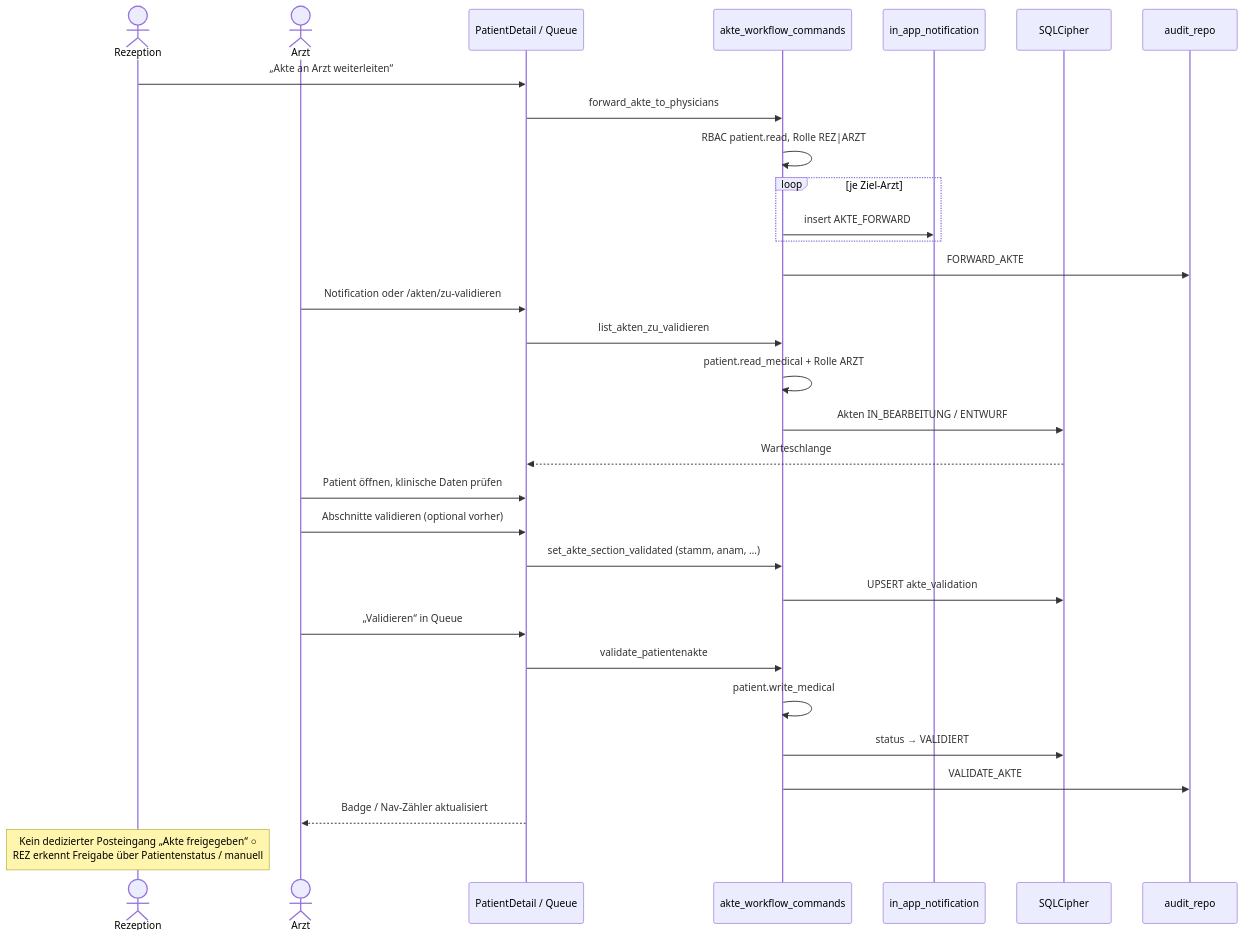
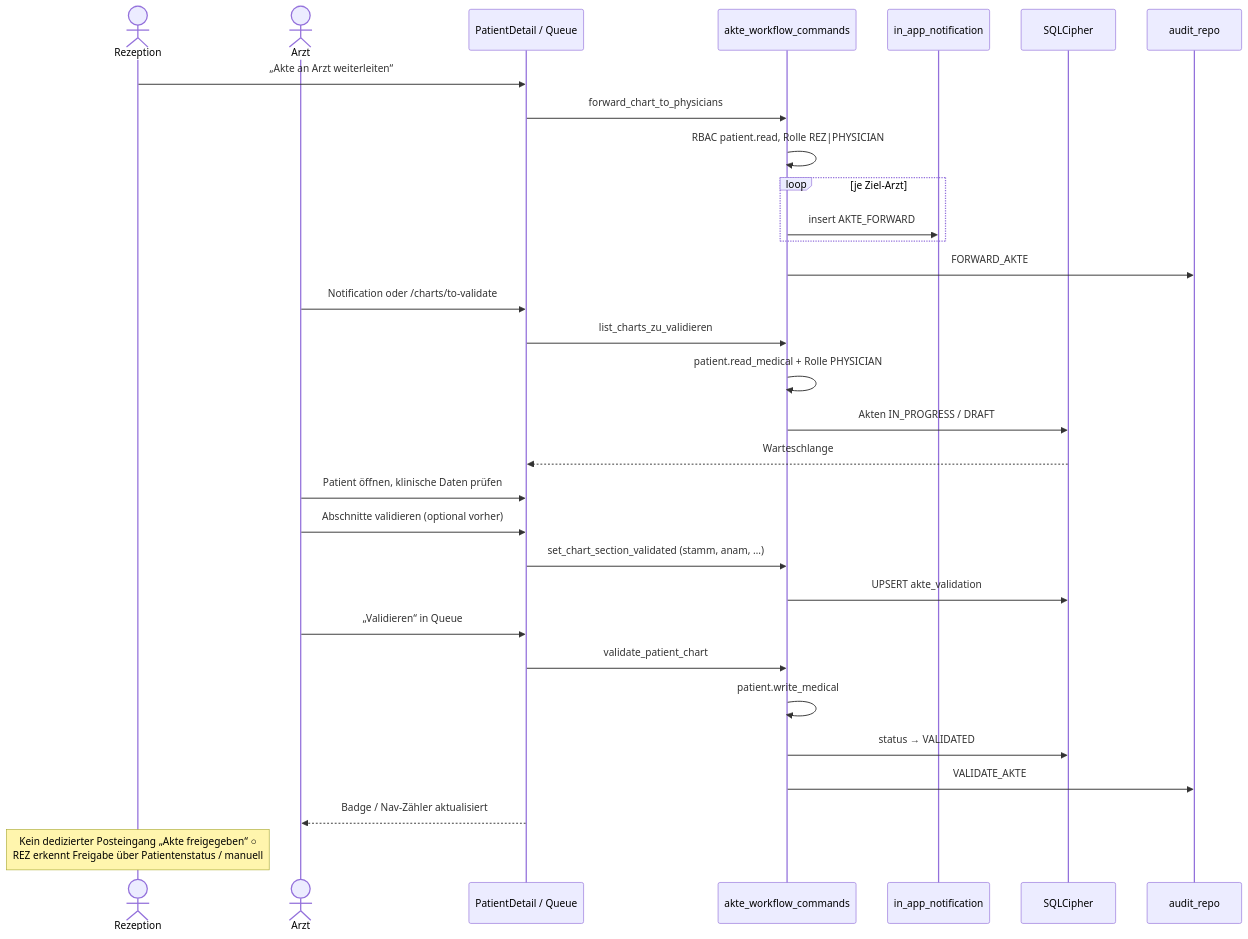
One commit to Achrafbennanizia/Medoc changed the third of 5 diagrams in docs/uml/08-arzt-rezeption-kollaboration.md. Above: the diagram before and after it, drawn with Mermaid. The commit also changed other lines of this file and 1081 other files, not shown here.

````diff
--- a/docs/uml/08-arzt-rezeption-kollaboration.md
+++ b/docs/uml/08-arzt-rezeption-kollaboration.md
@@ -171,38 +171,38 @@
 ```mermaid
 sequenceDiagram
     actor REZ as Rezeption
-    actor ARZT as Arzt
+    actor PHYSICIAN as Arzt
     participant UI as PatientDetail / Queue
     participant IPC as akte_workflow_commands
     participant NOTIF as in_app_notification
     participant DB as SQLCipher
     participant AUD as audit_repo
 
     REZ->>UI: „Akte an Arzt weiterleiten“
-    UI->>IPC: forward_akte_to_physicians
-    IPC->>IPC: RBAC patient.read, Rolle REZ|ARZT
+    UI->>IPC: forward_chart_to_physicians
+    IPC->>IPC: RBAC patient.read, Rolle REZ|PHYSICIAN
     loop je Ziel-Arzt
         IPC->>NOTIF: insert AKTE_FORWARD
     end
     IPC->>AUD: FORWARD_AKTE
 
-    ARZT->>UI: Notification oder /akten/zu-validieren
-    UI->>IPC: list_akten_zu_validieren
-    IPC->>IPC: patient.read_medical + Rolle ARZT
-    IPC->>DB: Akten IN_BEARBEITUNG / ENTWURF
+    PHYSICIAN->>UI: Notification oder /charts/to-validate
+    UI->>IPC: list_charts_zu_validieren
+    IPC->>IPC: patient.read_medical + Rolle PHYSICIAN
+    IPC->>DB: Akten IN_PROGRESS / DRAFT
     DB-->>UI: Warteschlange
 
-    ARZT->>UI: Patient öffnen, klinische Daten prüfen
-    ARZT->>UI: Abschnitte validieren (optional vorher)
-    UI->>IPC: set_akte_section_validated (stamm, anam, …)
+    PHYSICIAN->>UI: Patient öffnen, klinische Daten prüfen
+    PHYSICIAN->>UI: Abschnitte validieren (optional vorher)
+    UI->>IPC: set_chart_section_validated (stamm, anam, …)
     IPC->>DB: UPSERT akte_validation
 
-    ARZT->>UI: „Validieren“ in Queue
-    UI->>IPC: validate_patientenakte
+    PHYSICIAN->>UI: „Validieren“ in Queue
+    UI->>IPC: validate_patient_chart
     IPC->>IPC: patient.write_medical
-    IPC->>DB: status → VALIDIERT
+    IPC->>DB: status → VALIDATED
     IPC->>AUD: VALIDATE_AKTE
-    UI-->>ARZT: Badge / Nav-Zähler aktualisiert
+    UI-->>PHYSICIAN: Badge / Nav-Zähler aktualisiert
 
     Note over REZ: Kein dedizierter Posteingang „Akte freigegeben“ ○<br/>REZ erkennt Freigabe über Patientenstatus / manuell
 ```
````
